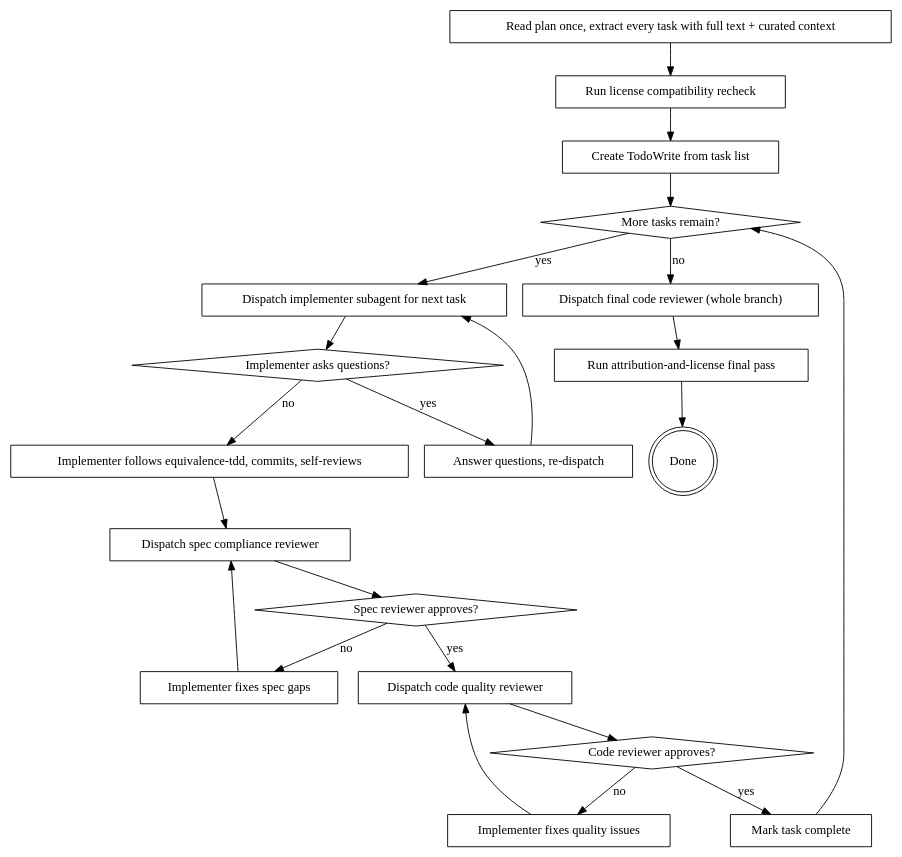
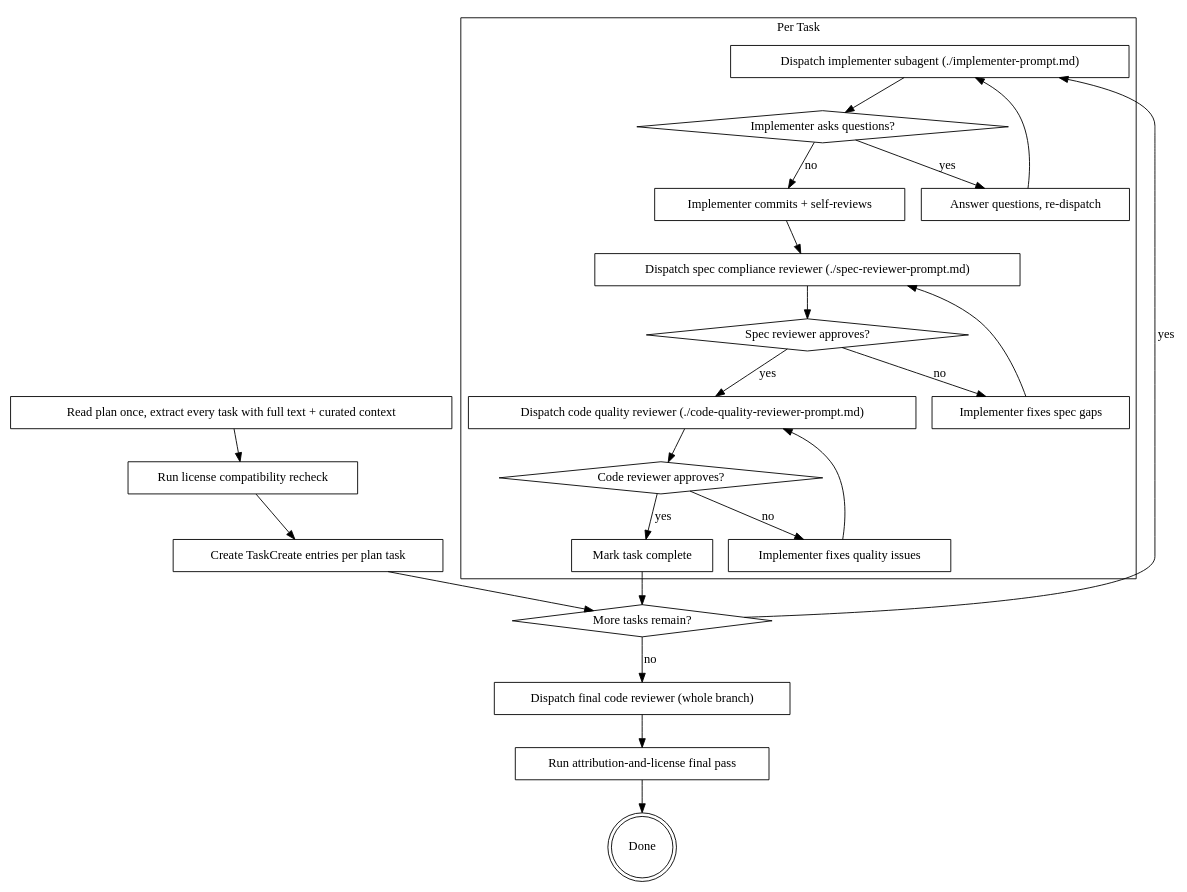
The second of 2 diagrams in skills/distillation-execution/SKILL.md (duongnghia222/code-distilling), drawn with Graphviz before and after one commit. The commit also changed other lines of this file and 20 other files, not shown here.

````diff
--- a/skills/distillation-execution/SKILL.md
+++ b/skills/distillation-execution/SKILL.md
@@ -42,45 +44,51 @@
 ```dot
 digraph process {
     rankdir=TB;
+
     "Read plan once, extract every task with full text + curated context" [shape=box];
     "Run license compatibility recheck" [shape=box];
-    "Create TodoWrite from task list" [shape=box];
+    "Create TaskCreate entries per plan task" [shape=box];
+
+    subgraph cluster_per_task {
+        label="Per Task";
+        "Dispatch implementer subagent (./implementer-prompt.md)" [shape=box];
+        "Implementer asks questions?" [shape=diamond];
+        "Answer questions, re-dispatch" [shape=box];
+        "Implementer commits + self-reviews" [shape=box];
+        "Dispatch spec compliance reviewer (./spec-reviewer-prompt.md)" [shape=box];
+        "Spec reviewer approves?" [shape=diamond];
+        "Implementer fixes spec gaps" [shape=box];
+        "Dispatch code quality reviewer (./code-quality-reviewer-prompt.md)" [shape=box];
+        "Code reviewer approves?" [shape=diamond];
+        "Implementer fixes quality issues" [shape=box];
+        "Mark task complete" [shape=box];
+    }
+
     "More tasks remain?" [shape=diamond];
-    "Dispatch implementer subagent for next task" [shape=box];
-    "Implementer asks questions?" [shape=diamond];
-    "Answer questions, re-dispatch" [shape=box];
-    "Implementer follows equivalence-tdd, commits, self-reviews" [shape=box];
-    "Dispatch spec compliance reviewer" [shape=box];
-    "Spec reviewer approves?" [shape=diamond];
-    "Implementer fixes spec gaps" [shape=box];
-    "Dispatch code quality reviewer" [shape=box];
-    "Code reviewer approves?" [shape=diamond];
-    "Implementer fixes quality issues" [shape=box];
-    "Mark task complete" [shape=box];
     "Dispatch final code reviewer (whole branch)" [shape=box];
     "Run attribution-and-license final pass" [shape=box];
     "Done" [shape=doublecircle];
 
     "Read plan once, extract every task with full text + curated context" -> "Run license compatibility recheck";
-    "Run license compatibility recheck" -> "Create TodoWrite from task list";
-    "Create TodoWrite from task list" -> "More tasks remain?";
-    "More tasks remain?" -> "Dispatch implementer subagent for next task" [label="yes"];
-    "Dispatch implementer subagent for next task" -> "Implementer asks questions?";
+    "Run license compatibility recheck" -> "Create TaskCreate entries per plan task";
+    "Create TaskCreate entries per plan task" -> "More tasks remain?";
+    "More tasks remain?" -> "Dispatch implementer subagent (./implementer-prompt.md)" [label="yes"];
+    "Dispatch implementer subagent (./implementer-prompt.md)" -> "Implementer asks questions?";
     "Implementer asks questions?" -> "Answer questions, re-dispatch" [label="yes"];
-    "Answer questions, re-dispatch" -> "Dispatch implementer subagent for next task";
-    "Implementer asks questions?" -> "Implementer follows equivalence-tdd, commits, self-reviews" [label="no"];
-    "Implementer follows equivalence-tdd, commits, self-reviews" -> "Dispatch spec compliance reviewer";
-    "Dispatch spec compliance reviewer" -> "Spec reviewer approves?";
+    "Answer questions, re-dispatch" -> "Dispatch implementer subagent (./implementer-prompt.md)";
+    "Implementer asks questions?" -> "Implementer commits + self-reviews" [label="no"];
+    "Implementer commits + self-reviews" -> "Dispatch spec compliance reviewer (./spec-reviewer-prompt.md)";
+    "Dispatch spec compliance reviewer (./spec-reviewer-prompt.md)" -> "Spec reviewer approves?";
     "Spec reviewer approves?" -> "Implementer fixes spec gaps" [label="no"];
-    "Implementer fixes spec gaps" -> "Dispatch spec compliance reviewer";
-    "Spec reviewer approves?" -> "Dispatch code quality reviewer" [label="yes"];
-    "Dispatch code quality reviewer" -> "Code reviewer approves?";
+    "Implementer fixes spec gaps" -> "Dispatch spec compliance reviewer (./spec-reviewer-prompt.md)";
+    "Spec reviewer approves?" -> "Dispatch code quality reviewer (./code-quality-reviewer-prompt.md)" [label="yes"];
+    "Dispatch code quality reviewer (./code-quality-reviewer-prompt.md)" -> "Code reviewer approves?";
     "Code reviewer approves?" -> "Implementer fixes quality issues" [label="no"];
-    "Implementer fixes quality issues" -> "Dispatch code quality reviewer";
+    "Implementer fixes quality issues" -> "Dispatch code quality reviewer (./code-quality-reviewer-prompt.md)";
     "Code reviewer approves?" -> "Mark task complete" [label="yes"];
     "Mark task complete" -> "More tasks remain?";
     "More tasks remain?" -> "Dispatch final code reviewer (whole branch)" [label="no"];
     "Dispatch final code reviewer (whole branch)" -> "Run attribution-and-license final pass";
     "Run attribution-and-license final pass" -> "Done";
 }
 ```
````
